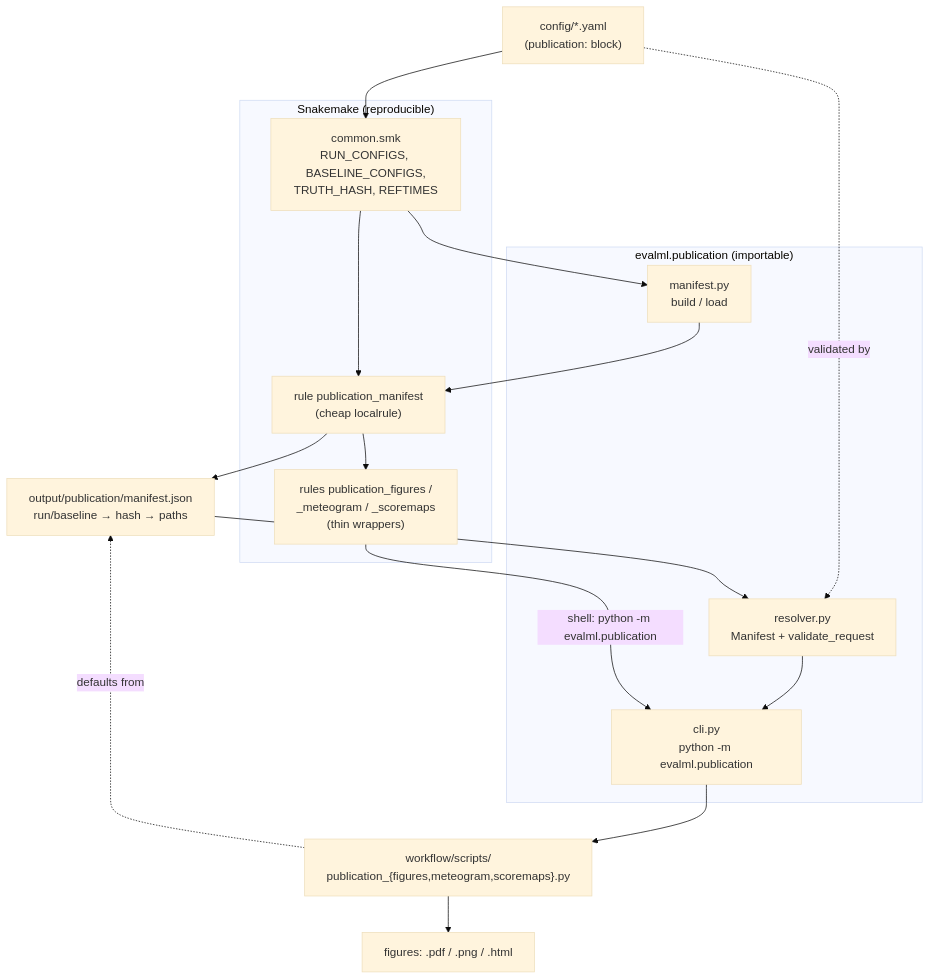
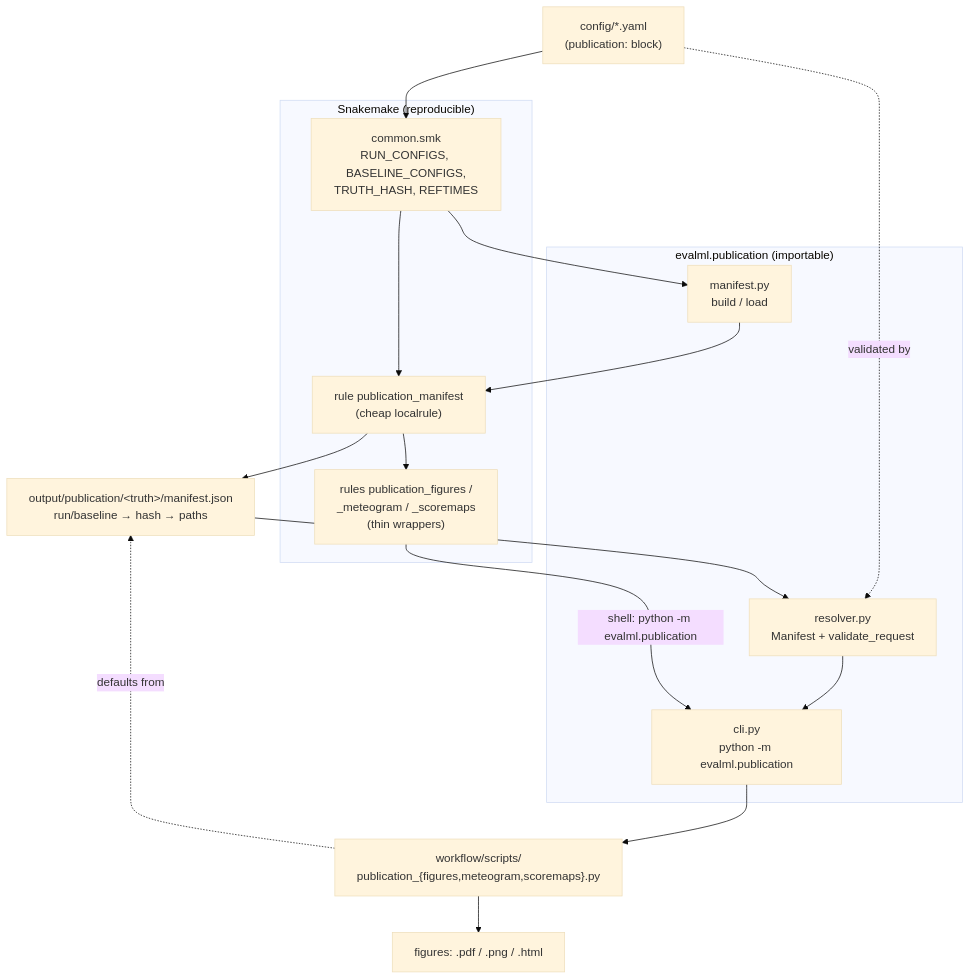
One commit to MeteoSwiss/evalml changed the first of 2 diagrams in docs/publication_figures.md. Above: the diagram before and after it, drawn with Mermaid (base theme). The commit also changed other lines of this file and 6 other files, not shown here.

Commit message:
Namespace publication manifest and figures by truth label

````diff
--- a/docs/publication_figures.md
+++ b/docs/publication_figures.md
@@ -93,25 +92,25 @@
 ```mermaid
 flowchart TD
     cfg["config/*.yaml<br/>(publication: block)"]
     subgraph smk["Snakemake (reproducible)"]
         common["common.smk<br/>RUN_CONFIGS, BASELINE_CONFIGS,<br/>TRUTH_HASH, REFTIMES"]
         manrule["rule publication_manifest<br/>(cheap localrule)"]
         figrules["rules publication_figures /<br/>_meteogram / _scoremaps<br/>(thin wrappers)"]
     end
-    manifest["output/publication/manifest.json<br/>run/baseline → hash → paths"]
+    manifest["output/publication/&lt;truth&gt;/manifest.json<br/>run/baseline → hash → paths"]
     subgraph pub["evalml.publication (importable)"]
         builder["manifest.py<br/>build / load"]
         resolver["resolver.py<br/>Manifest + validate_request"]
         cli["cli.py<br/>python -m evalml.publication"]
     end
     scripts["workflow/scripts/<br/>publication_{figures,meteogram,scoremaps}.py"]
     figs["figures: .pdf / .png / .html"]
 
     cfg --> common --> manrule --> manifest
     common --> builder --> manrule
     manifest --> resolver --> cli --> scripts --> figs
     figrules -->|shell: python -m evalml.publication| cli
     manrule --> figrules
     cfg -. validated by .-> resolver
     scripts -. defaults from .-> manifest
 ```
````
